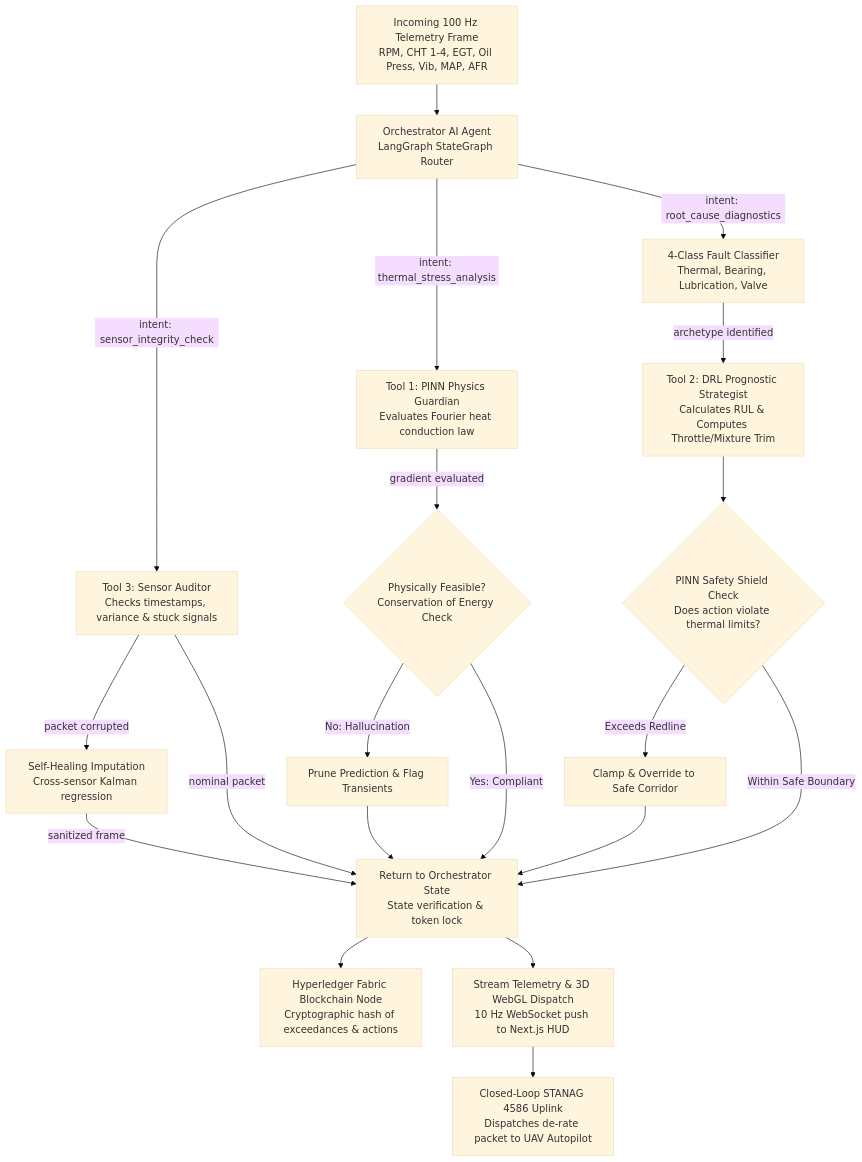
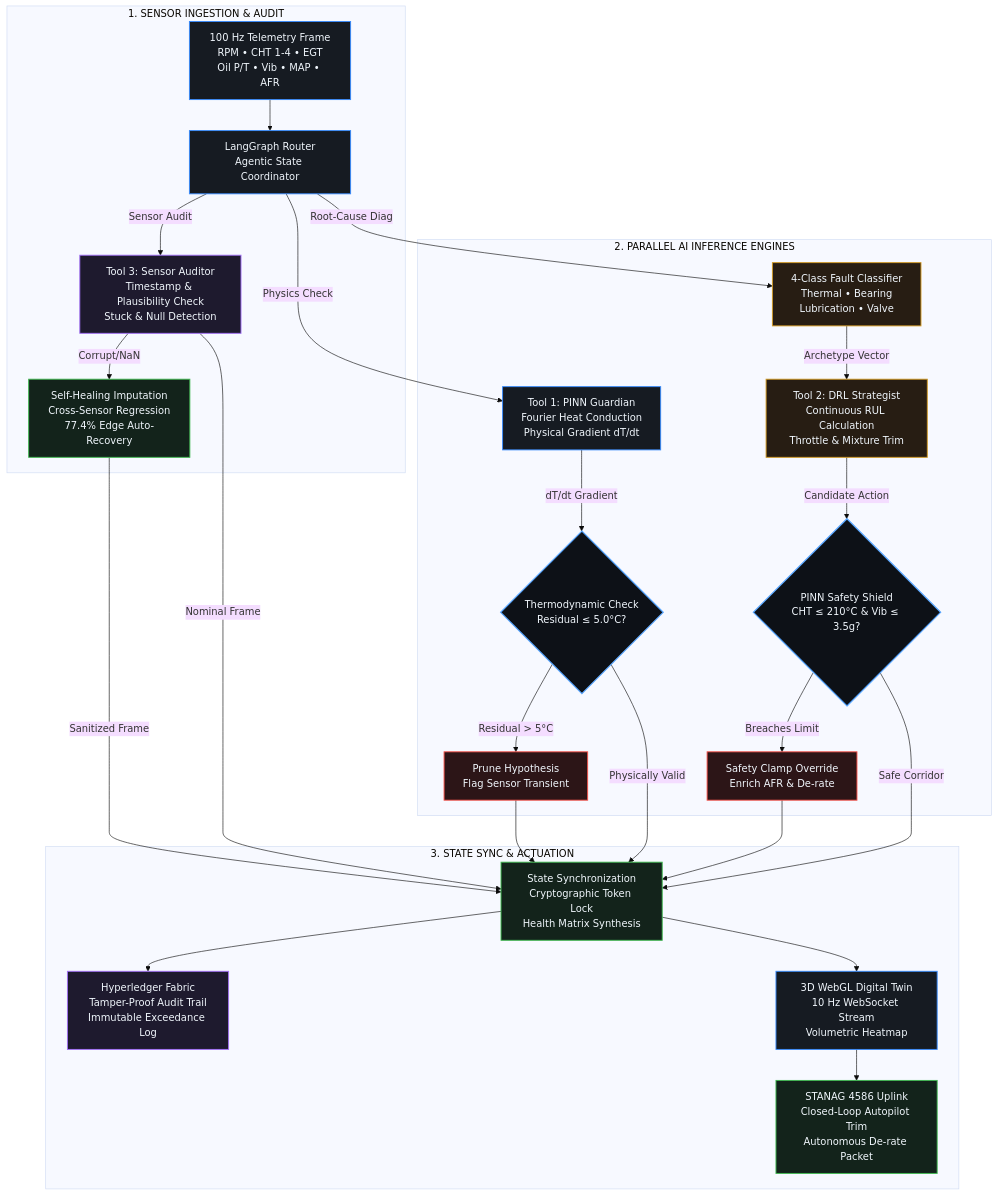
The first of 2 diagrams in ppt-diagrammes/ideaforge_under_the_hood_architecture.md (atharv20s/sih-26), drawn with Mermaid (base theme) before and after one commit. The commit also changed other lines of this file and 1 other file, not shown here.

Commit message:
feat: improved non-truncating Mermaid DAG and production ERD script

````diff
--- a/ppt-diagrammes/ideaforge_under_the_hood_architecture.md
+++ b/ppt-diagrammes/ideaforge_under_the_hood_architecture.md
@@ -10,27 +10,59 @@
 ```mermaid
 graph TD
-    A[Incoming 100 Hz Telemetry Frame<br/>RPM, CHT 1-4, EGT, Oil Press, Vib, MAP, AFR] --> B[Orchestrator AI Agent<br/>LangGraph StateGraph Router]
-    
-    B -->|intent: sensor_integrity_check| C[Tool 3: Sensor Auditor<br/>Checks timestamps, variance & stuck signals]
-    B -->|intent: thermal_stress_analysis| D[Tool 1: PINN Physics Guardian<br/>Evaluates Fourier heat conduction law]
-    B -->|intent: root_cause_diagnostics| E[4-Class Fault Classifier<br/>Thermal, Bearing, Lubrication, Valve]
-    
-    C -->|packet corrupted| C1[Self-Healing Imputation<br/>Cross-sensor Kalman regression]
-    C1 -->|sanitized frame| F[Return to Orchestrator State<br/>State verification & token lock]
-    C -->|nominal packet| F
-    
-    D -->|gradient evaluated| D1{Physically Feasible?<br/>Conservation of Energy Check}
-    D1 -->|No: Hallucination| D2[Prune Prediction & Flag Transients]
+    %% Global Styling
+    classDef blueBox fill:#161b22,stroke:#388bfd,stroke-width:1.5px,color:#f0f6fc;
+    classDef purpleBox fill:#1e1a2e,stroke:#a371f7,stroke-width:1.5px,color:#f0f6fc;
+    classDef greenBox fill:#13231b,stroke:#3fb950,stroke-width:1.5px,color:#f0f6fc;
+    classDef amberBox fill:#271d13,stroke:#d29922,stroke-width:1.5px,color:#f0f6fc;
+    classDef redBox fill:#2c1517,stroke:#f85149,stroke-width:1.5px,color:#f0f6fc;
+    classDef decision fill:#0d1117,stroke:#58a6ff,stroke-width:2px,color:#f0f6fc;
+
+    subgraph S1 ["1. SENSOR INGESTION & AUDIT"]
+        A["100 Hz Telemetry Frame<br/>RPM • CHT 1-4 • EGT<br/>Oil P/T • Vib • MAP • AFR"]:::blueBox
+        B["LangGraph Router<br/>Agentic State Coordinator"]:::blueBox
+        C["Tool 3: Sensor Auditor<br/>Timestamp & Plausibility Check<br/>Stuck & Null Detection"]:::purpleBox
+        C1["Self-Healing Imputation<br/>Cross-Sensor Regression<br/>77.4% Edge Auto-Recovery"]:::greenBox
+    end
+
+    subgraph S2 ["2. PARALLEL AI INFERENCE ENGINES"]
+        D["Tool 1: PINN Guardian<br/>Fourier Heat Conduction<br/>Physical Gradient dT/dt"]:::blueBox
+        D1{"Thermodynamic Check<br/>Residual ≤ 5.0°C?"}:::decision
+        D2["Prune Hypothesis<br/>Flag Sensor Transient"]:::redBox
+
+        E["4-Class Fault Classifier<br/>Thermal • Bearing<br/>Lubrication • Valve"]:::amberBox
+        G["Tool 2: DRL Strategist<br/>Continuous RUL Calculation<br/>Throttle & Mixture Trim"]:::amberBox
+        H{"PINN Safety Shield<br/>CHT ≤ 210°C & Vib ≤ 3.5g?"}:::decision
+        H1["Safety Clamp Override<br/>Enrich AFR & De-rate"]:::redBox
+    end
+
+    subgraph S3 ["3. STATE SYNC & ACTUATION"]
+        F["State Synchronization<br/>Cryptographic Token Lock<br/>Health Matrix Synthesis"]:::greenBox
+        I["Hyperledger Fabric<br/>Tamper-Proof Audit Trail<br/>Immutable Exceedance Log"]:::purpleBox
+        J["3D WebGL Digital Twin<br/>10 Hz WebSocket Stream<br/>Volumetric Heatmap"]:::blueBox
+        K["STANAG 4586 Uplink<br/>Closed-Loop Autopilot Trim<br/>Autonomous De-rate Packet"]:::greenBox
+    end
+
+    %% Routing Flow
+    A --> B
+    B -->|Sensor Audit| C
+    C -->|Corrupt/NaN| C1
+    C1 -->|Sanitized Frame| F
+    C -->|Nominal Frame| F
+
+    B -->|Physics Check| D
+    D -->|dT/dt Gradient| D1
+    D1 -->|Residual > 5°C| D2
     D2 --> F
-    D1 -->|Yes: Compliant| F
-    
-    E -->|archetype identified| G[Tool 2: DRL Prognostic Strategist<br/>Calculates RUL & Computes Throttle/Mixture Trim]
-    G --> H{PINN Safety Shield Check<br/>Does action violate thermal limits?}
-    H -->|Exceeds Redline| H1[Clamp & Override to Safe Corridor]
+    D1 -->|Physically Valid| F
+
+    B -->|Root-Cause Diag| E
+    E -->|Archetype Vector| G
+    G -->|Candidate Action| H
+    H -->|Breaches Limit| H1
     H1 --> F
-    H -->|Within Safe Boundary| F
-    
-    F --> I[Hyperledger Fabric Blockchain Node<br/>Cryptographic hash of exceedances & actions]
-    F --> J[Stream Telemetry & 3D WebGL Dispatch<br/>10 Hz WebSocket push to Next.js HUD]
-    J --> K[Closed-Loop STANAG 4586 Uplink<br/>Dispatches de-rate packet to UAV Autopilot]
+    H -->|Safe Corridor| F
+
+    F --> I
+    F --> J
+    J --> K
 ```
````
